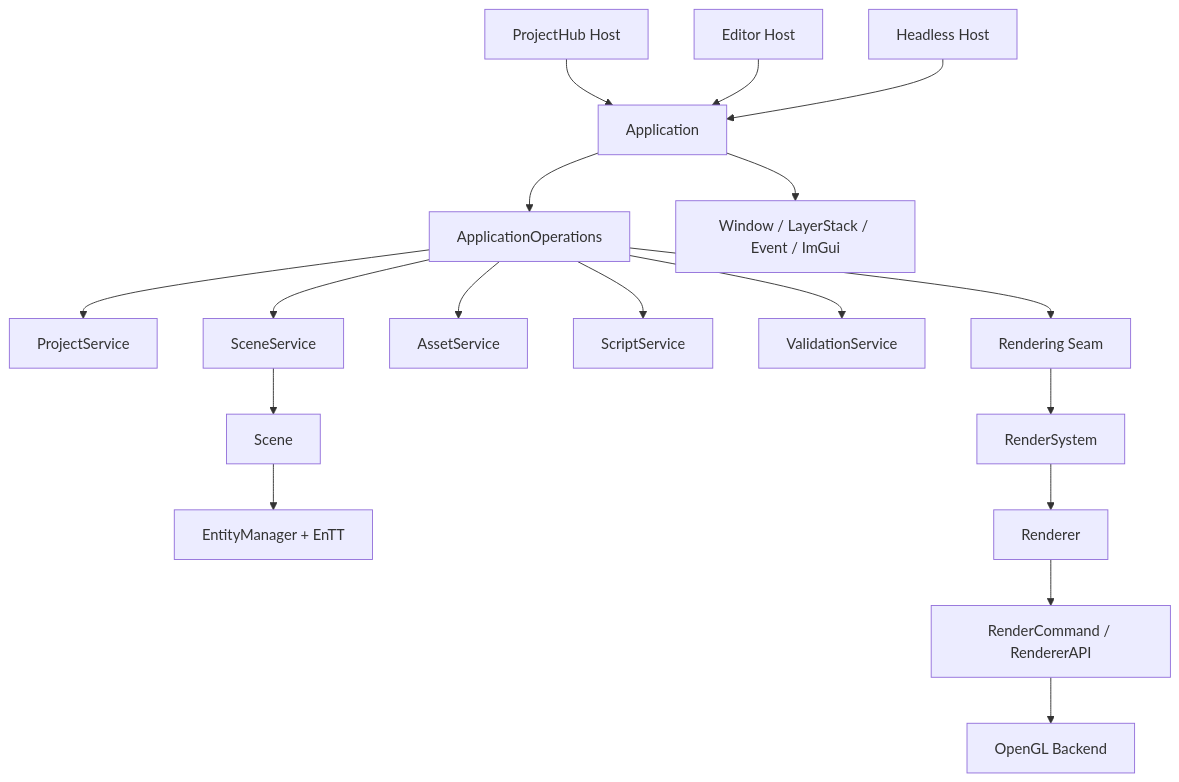
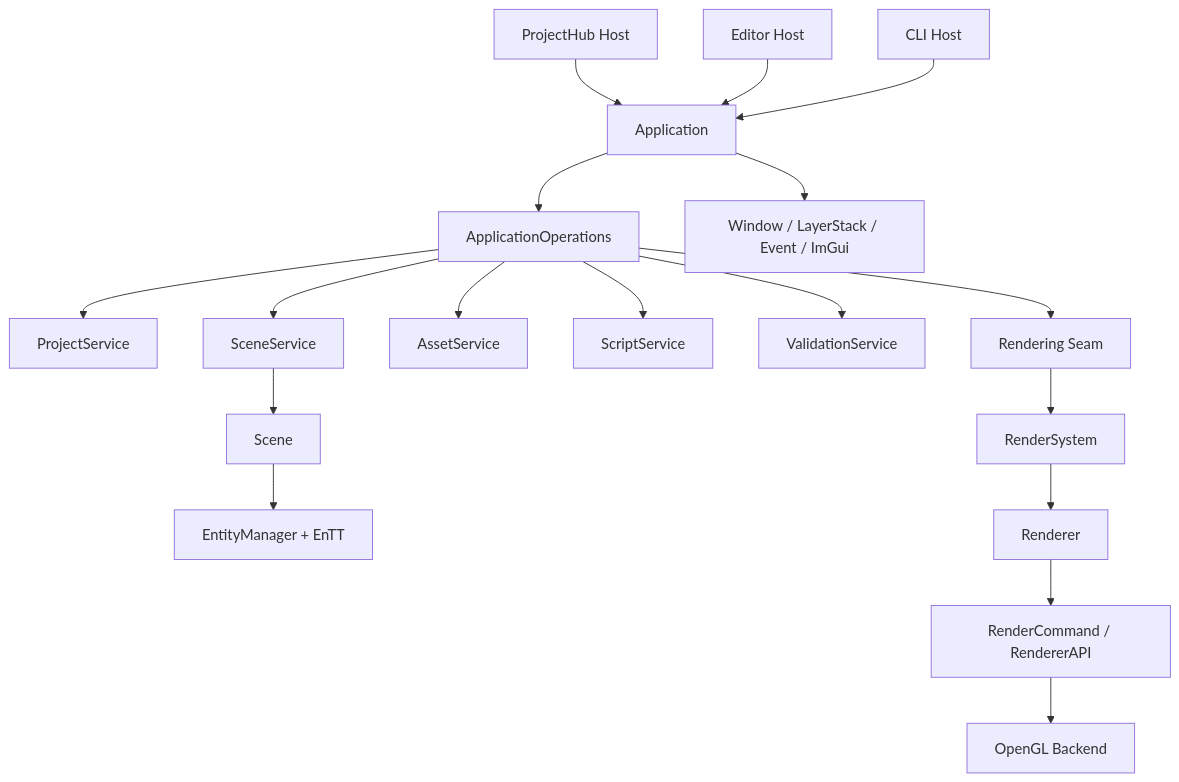
Before and after one commit to EriccWuu/HuaEngine: the first of 2 diagrams in docs/refactored-engine-architecture.md, drawn with Mermaid. The commit also changed other lines of this file and 19 other files, not shown here.

Commit message:
refactor(cli): rename headless host to cli

````diff
--- a/docs/refactored-engine-architecture.md
+++ b/docs/refactored-engine-architecture.md
@@ -26,23 +26,23 @@
 ```mermaid
 graph TD
     A[ProjectHub Host] --> B[Application]
     C[Editor Host] --> B
-    D[Headless Host] --> B
+    D[CLI Host] --> B
 
     B --> E[ApplicationOperations]
     B --> F[Window / LayerStack / Event / ImGui]
 
     E --> G[ProjectService]
     E --> H[SceneService]
     E --> I[AssetService]
     E --> J[ScriptService]
     E --> K[ValidationService]
     E --> L[Rendering Seam]
 
     H --> M[Scene]
     M --> N[EntityManager + EnTT]
     L --> O[RenderSystem]
     O --> P[Renderer]
     P --> Q[RenderCommand / RendererAPI]
     Q --> R[OpenGL Backend]
 ```
````
